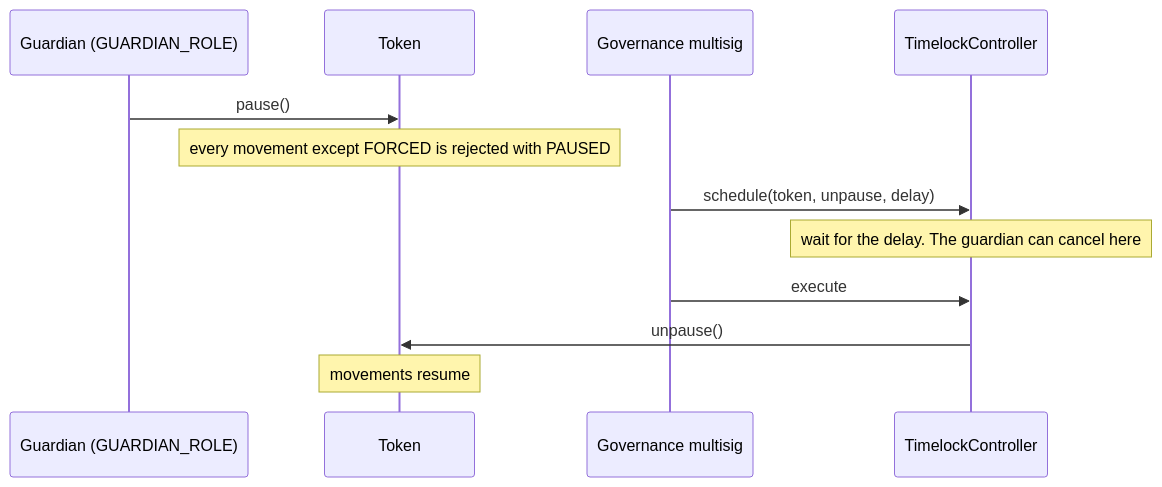
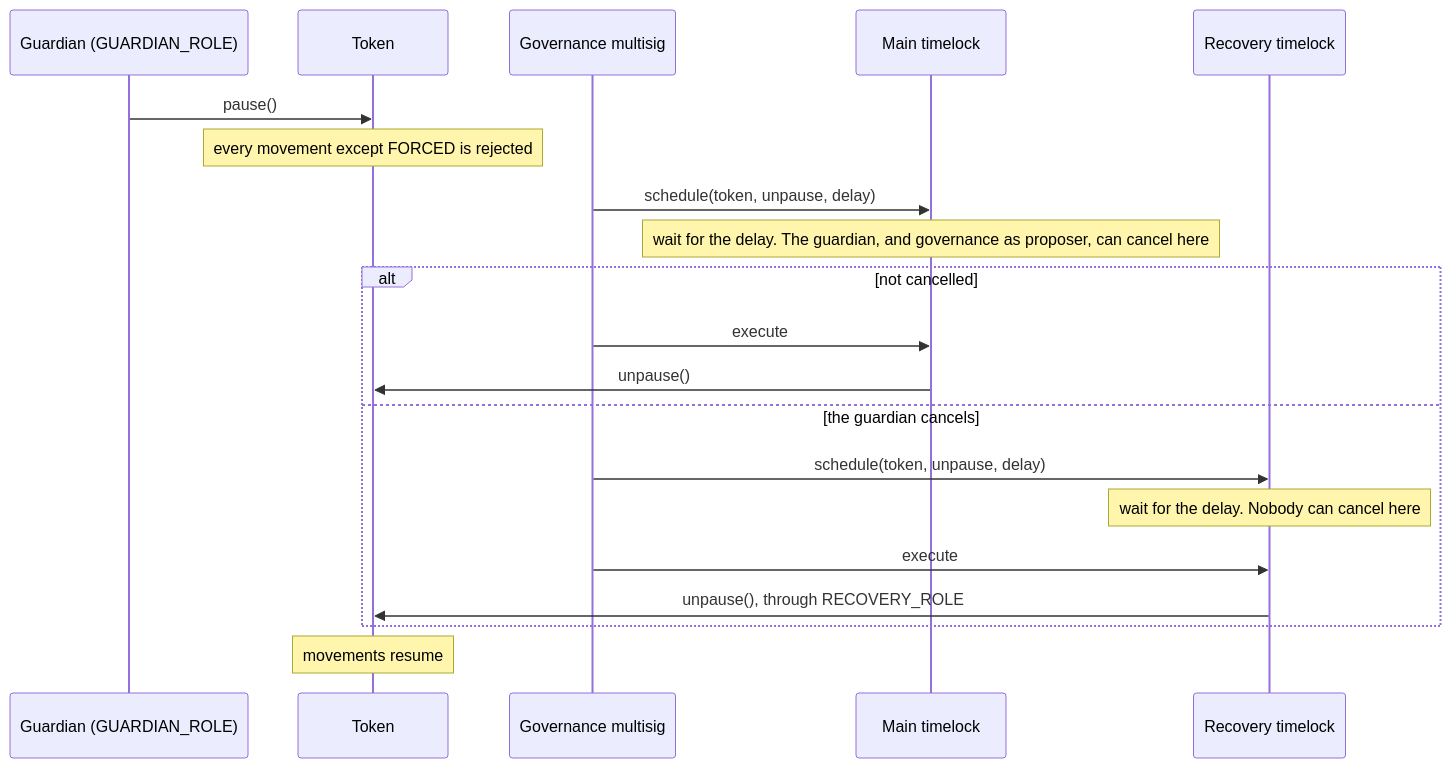
Before and after one commit to fepvenancio/rwa-token: the seventh of 7 diagrams in docs/flows-token.md, drawn with Mermaid. The commit also changed other lines of this file and 7 other files, not shown here.

````diff
--- a/docs/flows-token.md
+++ b/docs/flows-token.md
@@ -235,14 +236,22 @@
 ```mermaid
 sequenceDiagram
   participant G as Guardian (GUARDIAN_ROLE)
   participant T as Token
   participant Gov as Governance multisig
-  participant TL as TimelockController
+  participant TL as Main timelock
+  participant RTL as Recovery timelock
   G->>T: pause()
-  Note over T: every movement except FORCED is rejected with PAUSED
+  Note over T: every movement except FORCED is rejected
   Gov->>TL: schedule(token, unpause, delay)
-  Note over TL: wait for the delay. The guardian can cancel here
-  Gov->>TL: execute
-  TL->>T: unpause()
+  Note over TL: wait for the delay. The guardian, and governance as proposer, can cancel here
+  alt not cancelled
+    Gov->>TL: execute
+    TL->>T: unpause()
+  else the guardian cancels
+    Gov->>RTL: schedule(token, unpause, delay)
+    Note over RTL: wait for the delay. Nobody can cancel here
+    Gov->>RTL: execute
+    RTL->>T: unpause(), through RECOVERY_ROLE
+  end
   Note over T: movements resume
 ```
````
